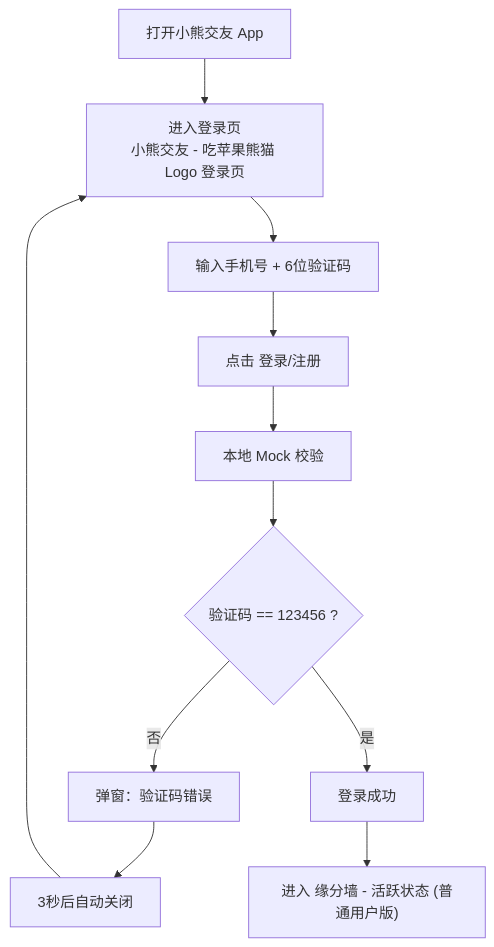
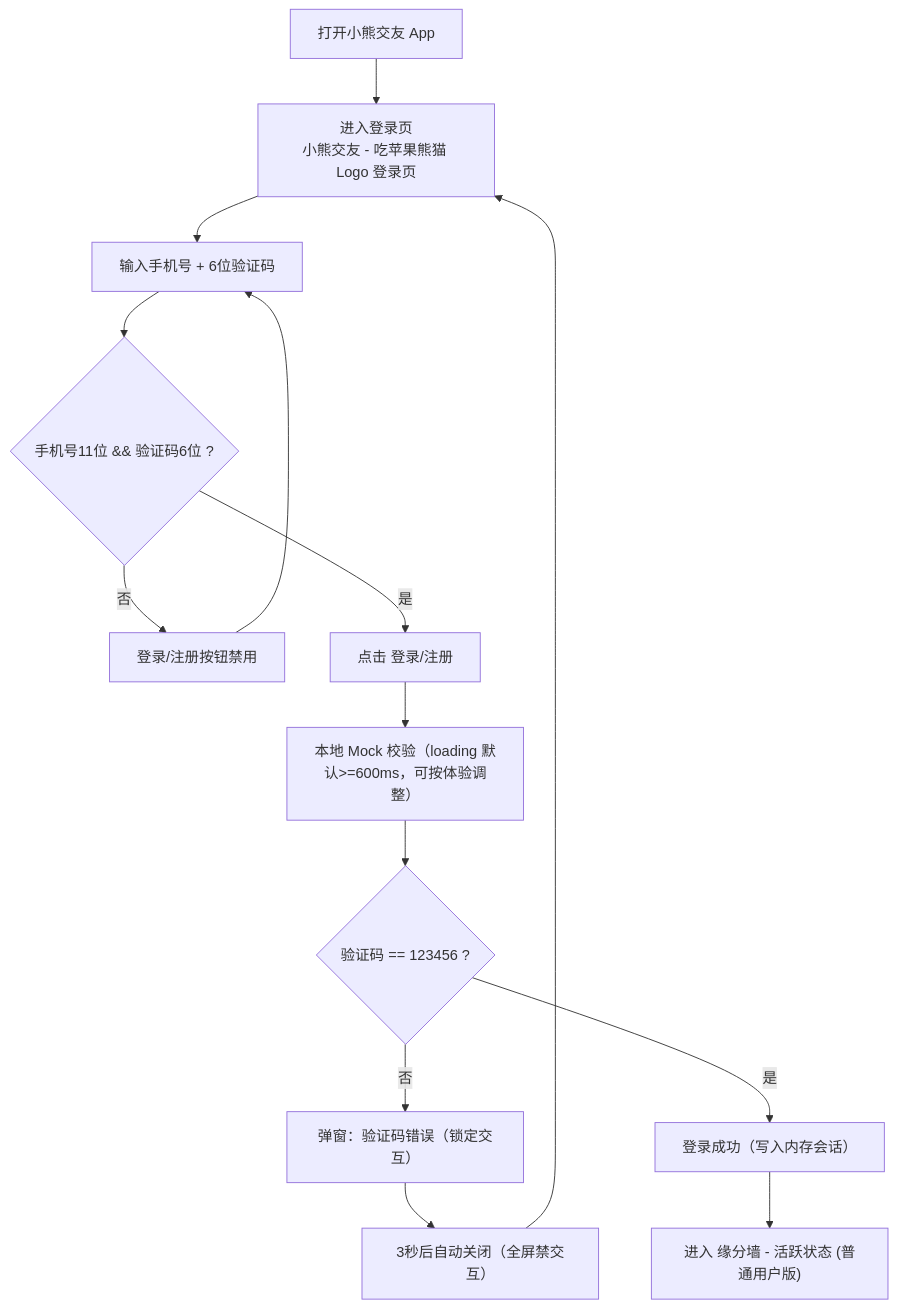
One commit to xiahuyun/panda changed the diagram in panda-mobile/docs/product/interaction-flow.md. Above: the diagram before and after it, drawn with Mermaid. The commit also changed other lines of this file and 17 other files, not shown here.

````diff
--- a/panda-mobile/docs/product/interaction-flow.md
+++ b/panda-mobile/docs/product/interaction-flow.md
@@ -5,13 +5,16 @@
 ```mermaid
 flowchart TD
   A["打开小熊交友 App"] --> B["进入登录页<br/>小熊交友 - 吃苹果熊猫 Logo 登录页"]
   B --> C["输入手机号 + 6位验证码"]
-  C --> D["点击 登录/注册"]
-  D --> E["本地 Mock 校验"]
-  E --> F{"验证码 == 123456 ?"}
-  F -- "否" --> G["弹窗：验证码错误"]
-  G --> H["3秒后自动关闭"]
-  H --> B
-  F -- "是" --> I["登录成功"]
-  I --> J["进入 缘分墙 - 活跃状态 (普通用户版)"]
+  C --> D{"手机号11位 && 验证码6位 ?"}
+  D -- "否" --> E["登录/注册按钮禁用"]
+  E --> C
+  D -- "是" --> F["点击 登录/注册"]
+  F --> G["本地 Mock 校验（loading 默认>=600ms，可按体验调整）"]
+  G --> H{"验证码 == 123456 ?"}
+  H -- "否" --> I["弹窗：验证码错误（锁定交互）"]
+  I --> J["3秒后自动关闭（全屏禁交互）"]
+  J --> B
+  H -- "是" --> K["登录成功（写入内存会话）"]
+  K --> L["进入 缘分墙 - 活跃状态 (普通用户版)"]
 ```
````
